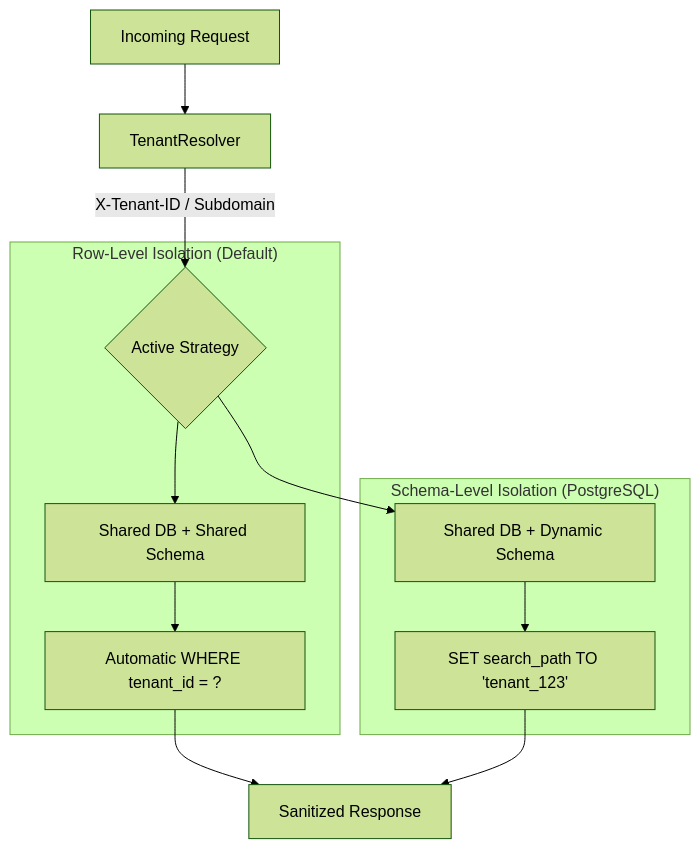
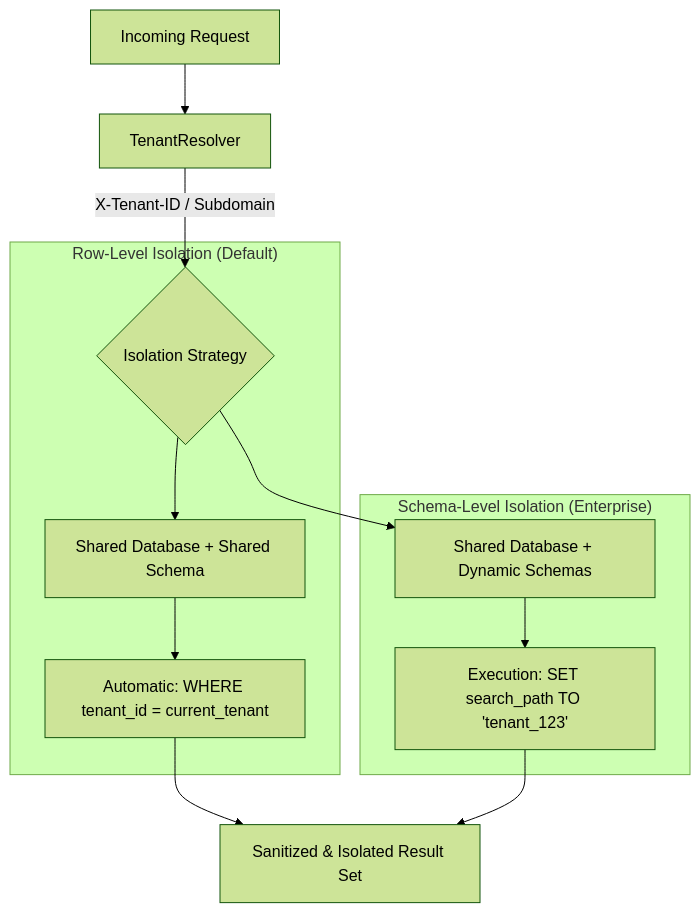
The diagram in docs/guides/tenancy.md (kwabenaberko25/eden), drawn with Mermaid (forest theme) before and after one commit. The commit also changed other lines of this file and 54 other files, not shown here.

````diff
--- a/docs/guides/tenancy.md
+++ b/docs/guides/tenancy.md
@@ -15,17 +11,17 @@
 ```mermaid
 graph TD
     A["Incoming Request"] --> B["TenantResolver"]
-    B -- "X-Tenant-ID / Subdomain" --> C{"Active Strategy"}
+    B -- "X-Tenant-ID / Subdomain" --> C{"Isolation Strategy"}
     
     subgraph "Row-Level Isolation (Default)"
-        C --> D["Shared DB + Shared Schema"]
-        D --> E["Automatic WHERE tenant_id = ?"]
+        C --> D["Shared Database + Shared Schema"]
+        D --> E["Automatic: WHERE tenant_id = current_tenant"]
     end
     
-    subgraph "Schema-Level Isolation (PostgreSQL)"
-        C --> F["Shared DB + Dynamic Schema"]
-        F --> G["SET search_path TO 'tenant_123'"]
+    subgraph "Schema-Level Isolation (Enterprise)"
+        C --> F["Shared Database + Dynamic Schemas"]
+        F --> G["Execution: SET search_path TO 'tenant_123'"]
     end
     
-    E & G --> H["Sanitized Response"]
+    E & G --> H["Sanitized & Isolated Result Set"]
 ```
````
